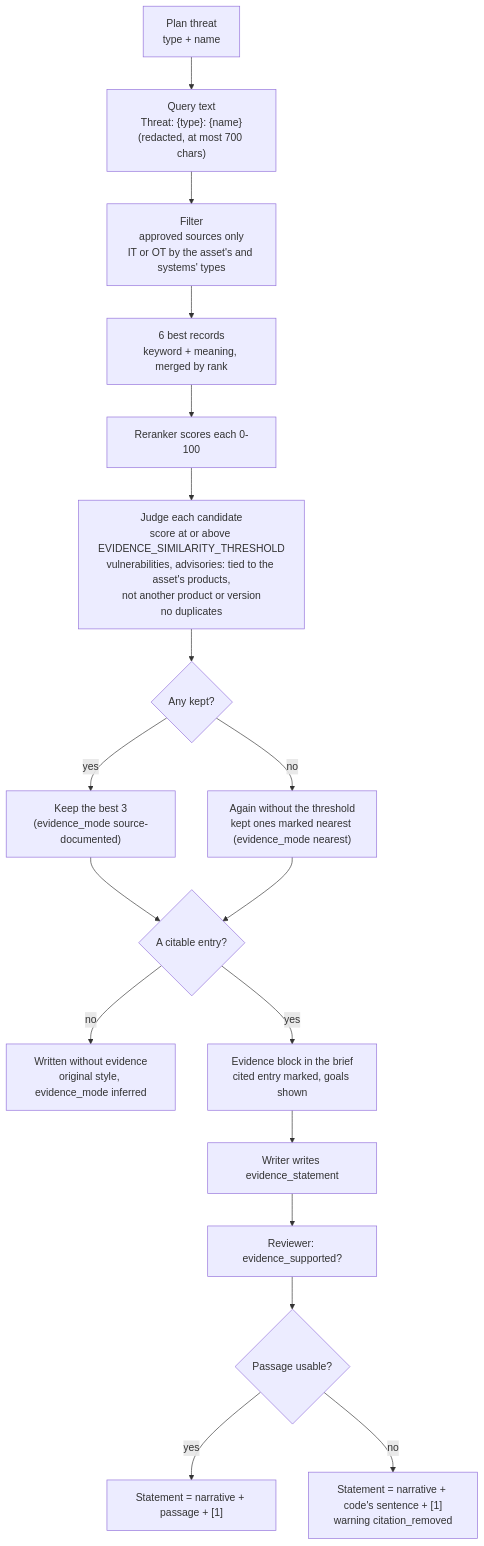
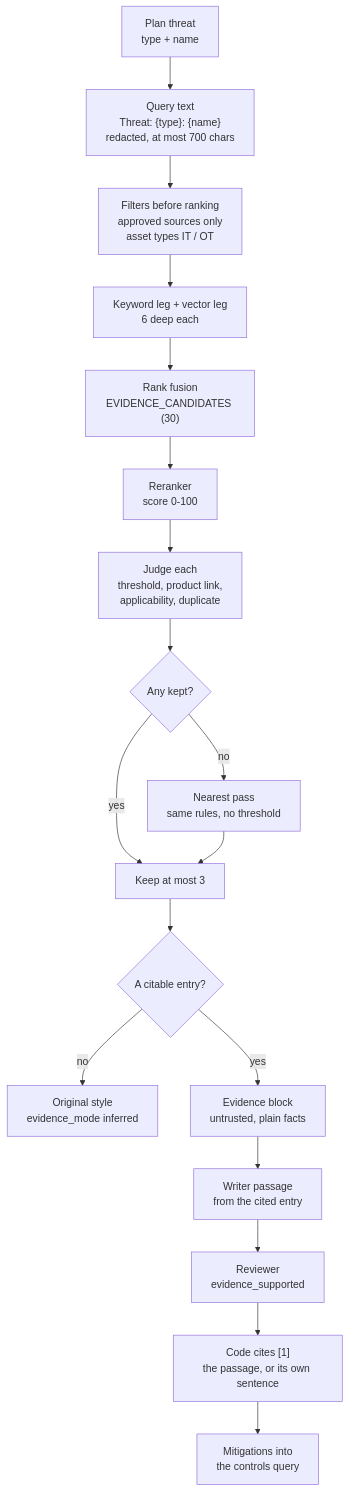
The seventh of 13 diagrams in docs/TSG_END_TO_END_FLOW.md (gopalchettri/cii), drawn with Mermaid before and after one commit. The commit also changed other lines of this file, not shown here.

First line of the commit message:
Docs: the TSG end-to-end flow with one real worked run, step by step

````diff
--- a/docs/TSG_END_TO_END_FLOW.md
+++ b/docs/TSG_END_TO_END_FLOW.md
@@ -470,19 +1669,20 @@
 ```mermaid
 flowchart TB
-    T["Plan threat<br/>type + name"] --> QT["Query text<br/>Threat: {type}: {name}<br/>(redacted, at most 700 chars)"]
-    QT --> FL["Filter<br/>approved sources only<br/>IT or OT by the asset's and systems' types"]
-    FL --> CAND["6 best records<br/>keyword + meaning, merged by rank"]
-    CAND --> RR["Reranker scores each 0-100"]
-    RR --> JD["Judge each candidate<br/>score at or above EVIDENCE_SIMILARITY_THRESHOLD<br/>vulnerabilities, advisories: tied to the asset's products,<br/>not another product or version<br/>no duplicates"]
-    JD --> K{"Any kept?"}
-    K -- yes --> TOP["Keep the best 3<br/>(evidence_mode source-documented)"]
-    K -- no --> NEAR["Again without the threshold<br/>kept ones marked nearest (evidence_mode nearest)"]
-    TOP & NEAR --> CIT{"A citable entry?"}
-    CIT -- no --> INF["Written without evidence<br/>original style, evidence_mode inferred"]
-    CIT -- yes --> BLK["Evidence block in the brief<br/>cited entry marked, goals shown"]
-    BLK --> W["Writer writes evidence_statement"]
-    W --> REV["Reviewer: evidence_supported?"]
-    REV --> OK{"Passage usable?"}
-    OK -- yes --> APP["Statement = narrative + passage + [1]"]
-    OK -- no --> FB["Statement = narrative + code's sentence + [1]<br/>warning citation_removed"]
+    T["Plan threat<br/>type + name"] --> Q["Query text<br/>Threat: {type}: {name}<br/>redacted, at most 700 chars"]
+    Q --> F["Filters before ranking<br/>approved sources only<br/>asset types IT / OT"]
+    F --> C["Keyword leg + vector leg<br/>6 deep each"]
+    C --> RF["Rank fusion<br/>EVIDENCE_CANDIDATES (30)"]
+    RF --> RR["Reranker<br/>score 0-100"]
+    RR --> J["Judge each<br/>threshold, product link,<br/>applicability, duplicate"]
+    J --> K{"Any kept?"}
+    K -- "yes" --> L["Keep at most 3"]
+    K -- "no" --> NP["Nearest pass<br/>same rules, no threshold"]
+    NP --> L
+    L --> P{"A citable entry?"}
+    P -- "no" --> O["Original style<br/>evidence_mode inferred"]
+    P -- "yes" --> B["Evidence block<br/>untrusted, plain facts"]
+    B --> W["Writer passage<br/>from the cited entry"]
+    W --> V["Reviewer<br/>evidence_supported"]
+    V --> X["Code cites [1]<br/>the passage, or its own sentence"]
+    X --> M["Mitigations into<br/>the controls query"]
 ```
````
